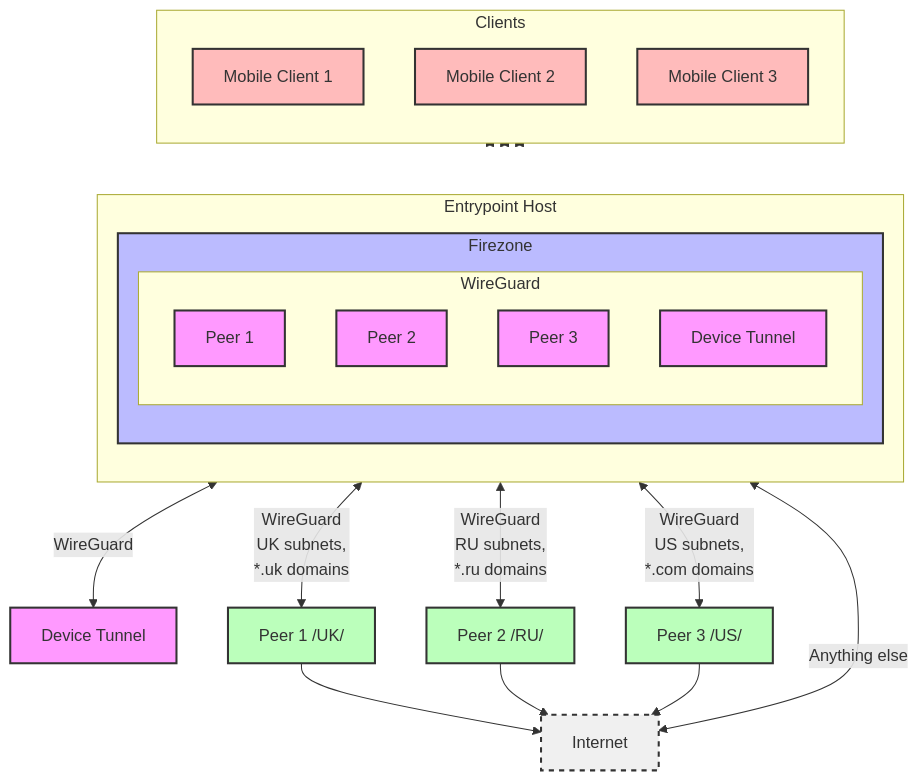
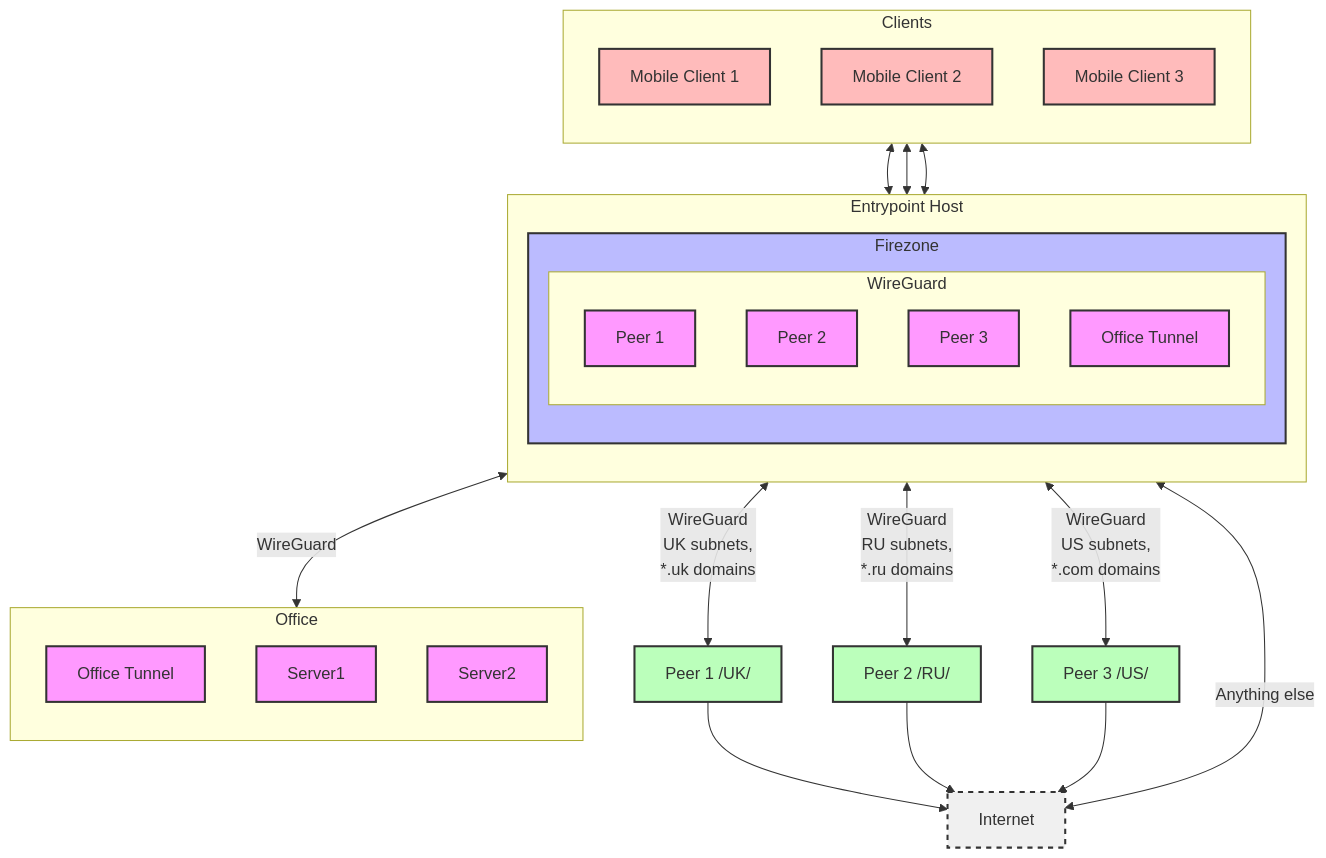
The diagram in README.md (AlexMKX/mrvpn2), drawn with Mermaid before and after one commit. The commit also changed other lines of this file, not shown here.

````diff
--- a/README.md
+++ b/README.md
@@ -4,59 +11,64 @@
 ```mermaid
 graph TD
 
-    T1[Device Tunnel]       
+    subgraph O[Office]
+        direction TB
+        T1[Office Tunnel]
+        Server1
+        Server2 
+        end 
     subgraph Clients
     direction TB
 
         C1[Mobile Client 1]
         C2[Mobile Client 2]
         C3[Mobile Client 3]
 
     end
          
     subgraph EH [Entrypoint Host]
             direction TB
         subgraph FZ[Firezone]
             subgraph WireGuard
                 PT1[Peer 1  ]
                 PT2[Peer 2  ]
                 PT3[Peer 3  ]
-                PDT[Device Tunnel]
+                PDT[Office Tunnel]
             end
         end 
     end
 
     P1[Peer 1 /UK/ ]
     P2[Peer 2 /RU/ ]
     P3[Peer 3 /US/ ]
 
     I["Internet"] 
     style I fill:#f0f0f0,stroke:#333,stroke-width:2px,stroke-dasharray: 5 5
 
 
 
     PT1 <--> |WireGuard <br>UK subnets,<br> *.uk domains| P1
     PT2 <--> |WireGuard <br>RU subnets,<br> *.ru domains| P2
     PT3 <--> |WireGuard <br> US subnets,<br> *.com domains| P3
-    PDT <--> |WireGuard| T1
+    PDT <--> |WireGuard| O
    
     C1 <--> FZ
     C2 <--> FZ
     C3 <--> FZ
     FZ <--> |Anything else| I
     
 
     
     P1 --> I
     P2 --> I
     P3 --> I
 
     classDef default fill:#f9f,stroke:#333,stroke-width:2px;
     classDef entrypoint fill:#bbf,stroke:#333,stroke-width:2px;
     classDef peers fill:#bfb,stroke:#333,stroke-width:2px;
     classDef clients fill:#fbb,stroke:#333,stroke-width:2px;
     
     class FZ entrypoint;
     class P1,P2,P3 peers;
     class C1,C2,C3 clients;
 ```
````
